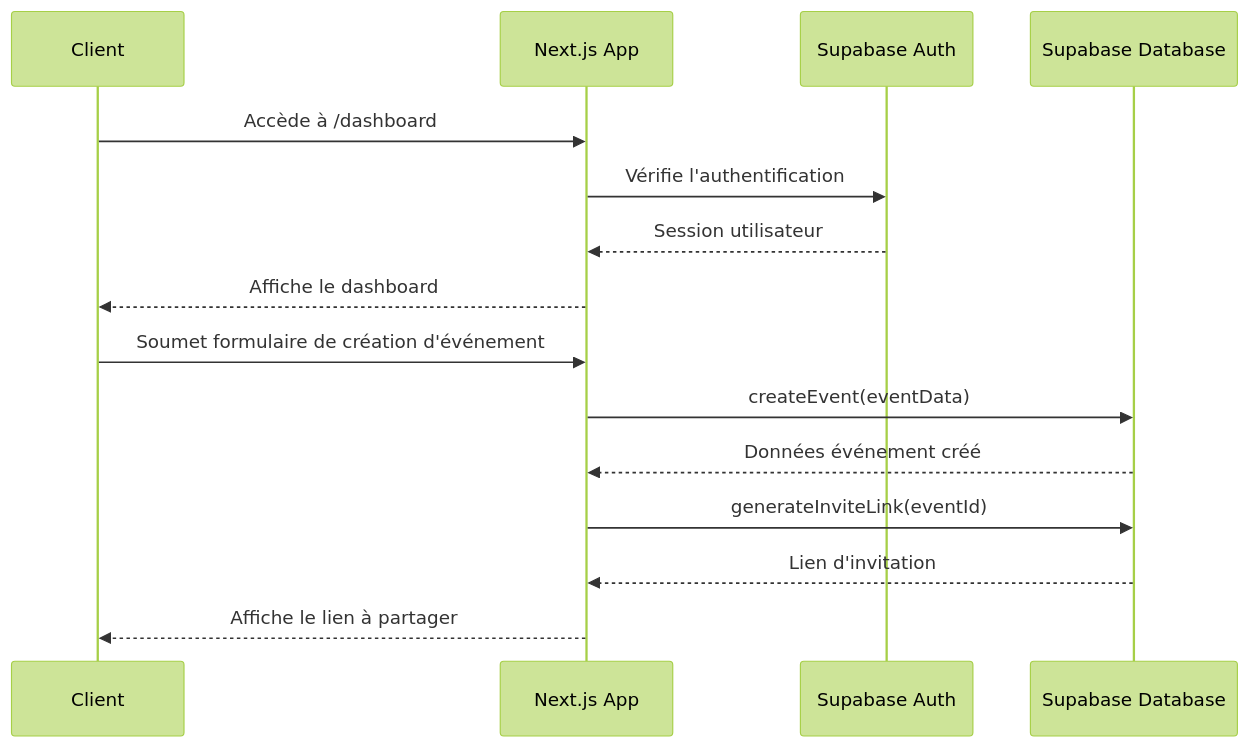
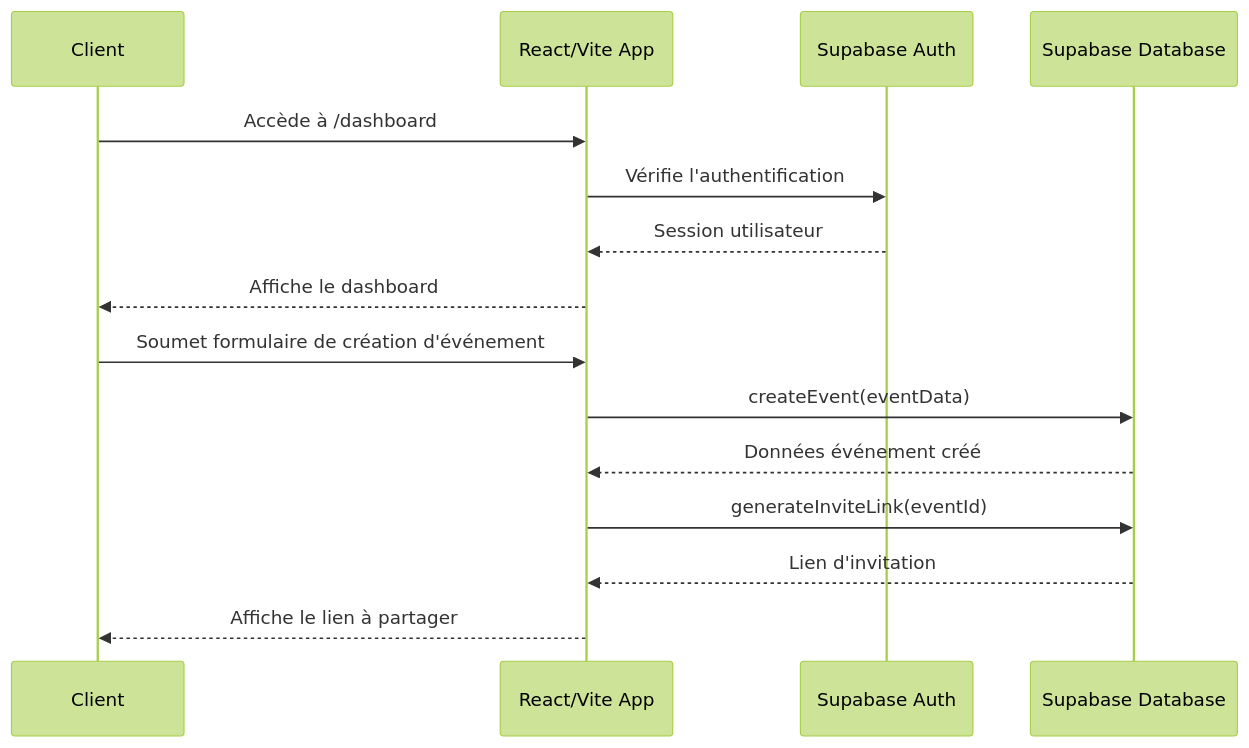
Before and after one commit to socotaxi/gregaplay: the first of 4 diagrams in app_montage_video_collaboratif_system_design.md, drawn with Mermaid (forest theme). The commit also changed other lines of this file and 2 other files, not shown here.

Commit message:
docs: update design docs for React

````diff
--- a/app_montage_video_collaboratif_system_design.md
+++ b/app_montage_video_collaboratif_system_design.md
@@ -150,19 +150,19 @@
 ```mermaid
 sequenceDiagram
     participant Client
-    participant NextApp as Next.js App
+    participant ReactApp as React/Vite App
     participant SupaAuth as Supabase Auth
     participant SupaDB as Supabase Database
     
-    Client->>NextApp: Accède à /dashboard
-    NextApp->>SupaAuth: Vérifie l'authentification
-    SupaAuth-->>NextApp: Session utilisateur
-    NextApp-->>Client: Affiche le dashboard
+    Client->>ReactApp: Accède à /dashboard
+    ReactApp->>SupaAuth: Vérifie l'authentification
+    SupaAuth-->>ReactApp: Session utilisateur
+    ReactApp-->>Client: Affiche le dashboard
     
-    Client->>NextApp: Soumet formulaire de création d'événement
-    NextApp->>SupaDB: createEvent(eventData)
-    SupaDB-->>NextApp: Données événement créé
-    NextApp->>SupaDB: generateInviteLink(eventId)
-    SupaDB-->>NextApp: Lien d'invitation
-    NextApp-->>Client: Affiche le lien à partager
+    Client->>ReactApp: Soumet formulaire de création d'événement
+    ReactApp->>SupaDB: createEvent(eventData)
+    SupaDB-->>ReactApp: Données événement créé
+    ReactApp->>SupaDB: generateInviteLink(eventId)
+    SupaDB-->>ReactApp: Lien d'invitation
+    ReactApp-->>Client: Affiche le lien à partager
 ```
````
